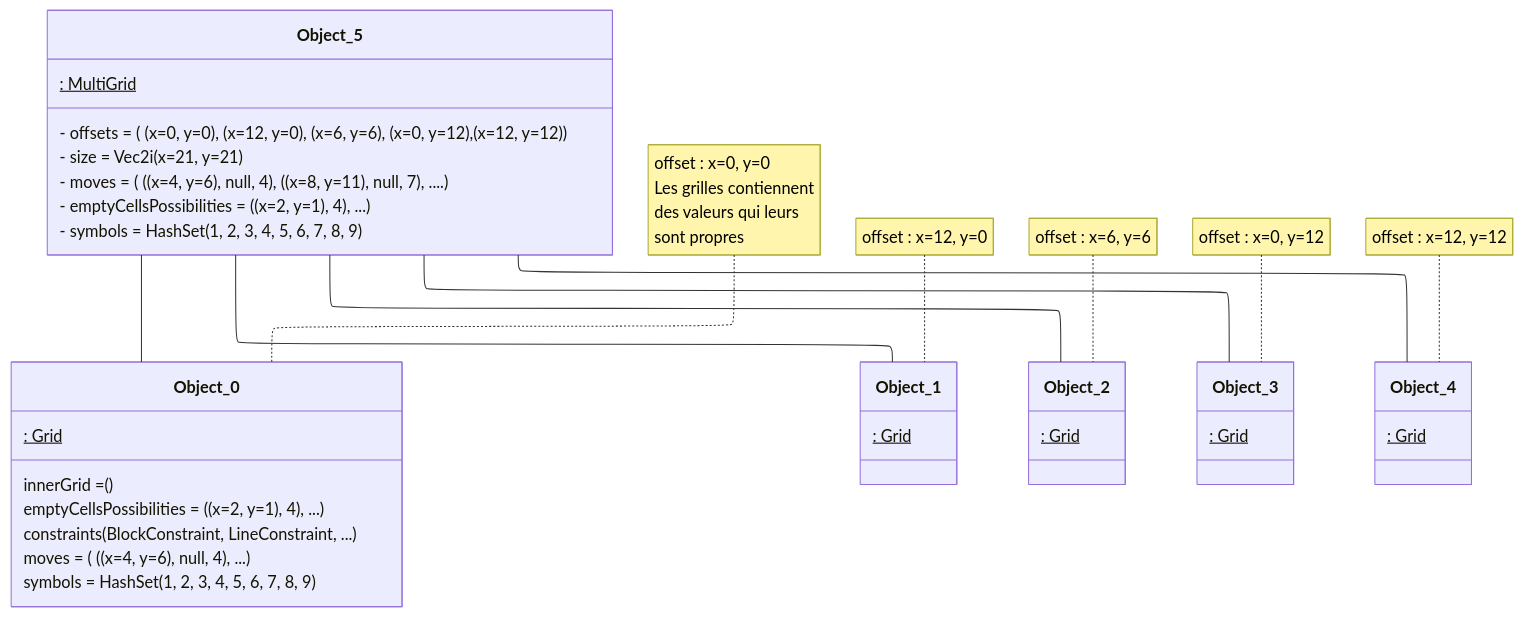
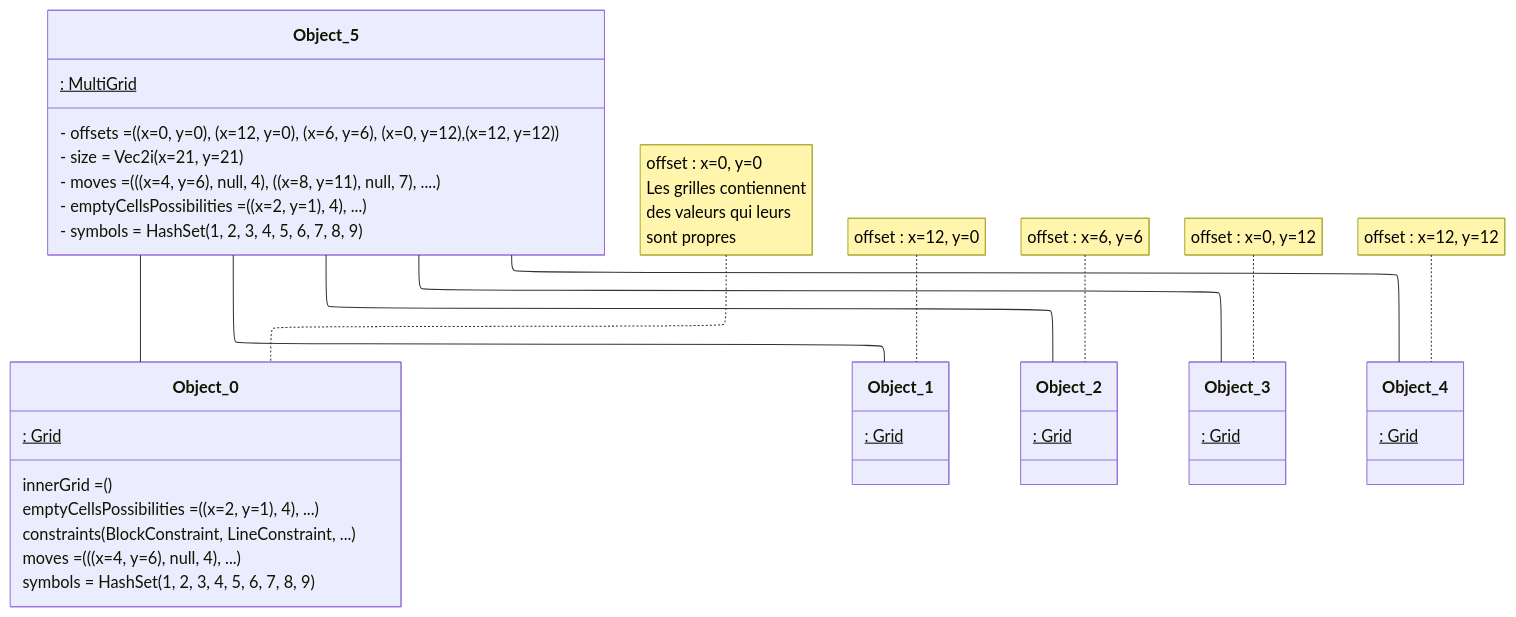
Before and after one commit to FlashOnFire/SUUUUUUUUUUUudoku: the third of 9 diagrams in README.md, drawn with Mermaid. The commit also changed other lines of this file and 1 other file, not shown here.

````diff
--- a/README.md
+++ b/README.md
@@ -496,46 +486,46 @@
 ```mermaid
 ---
 config:
   layout: elk
 ---
 classDiagram
-direction TD
+    direction TD
     class Object_5 {
-	    : MultiGrid$
-        - offsets = ( (x=0, y=0), (x=12, y=0), (x=6, y=6), (x=0, y=12), (x=12, y=12) )
-	    - size = Vec2i(x=21, y=21)
-        - moves = ( ((x=4, y=6), null, 4), ((x=8, y=11), null, 7), ....)
-        - emptyCellsPossibilities = ( (x=2, y=1), 4), ...)
+        : MultiGrid$
+        - offsets =((x=0, y=0), (x=12, y=0), (x=6, y=6), (x=0, y=12), (x=12, y=12))
+        - size = Vec2i(x=21, y=21)
+        - moves =(((x=4, y=6), null, 4), ((x=8, y=11), null, 7), ....)
+        - emptyCellsPossibilities =((x=2, y=1), 4), ...)
         - symbols = HashSet(1, 2, 3, 4, 5, 6, 7, 8, 9)
     }
     class Object_0 {
         : Grid$
-        innerGrid = ()
-        emptyCellsPossibilities = ( (x=2, y=1), 4), ... )
-        constraints (BlockConstraint, LineConstraint, ...)
-        moves = ( ((x=4, y=6), null, 4), ...)
+        innerGrid =()
+        emptyCellsPossibilities =((x=2, y=1), 4), ...)
+        constraints(BlockConstraint, LineConstraint, ...)
+        moves =(((x=4, y=6), null, 4), ...)
         symbols = HashSet(1, 2, 3, 4, 5, 6, 7, 8, 9)
     }
     class Object_1 {
         : Grid$
     }
     class Object_2 {
         : Grid$
     }
     class Object_3 {
         : Grid$
     }
     class Object_4 {
         : Grid$
     }
     note for Object_0 "offset : x=0, y=0 <br/> Les grilles contiennent <br/> des valeurs qui leurs <br/> sont propres"
     note for Object_1 "offset : x=12, y=0"
     note for Object_2 "offset : x=6, y=6"
     note for Object_3 "offset : x=0, y=12"
     note for Object_4 "offset : x=12, y=12"
     Object_5 -- Object_0
     Object_5 -- Object_1
     Object_5 -- Object_2
     Object_5 -- Object_3
     Object_5 -- Object_4
 ```
````
